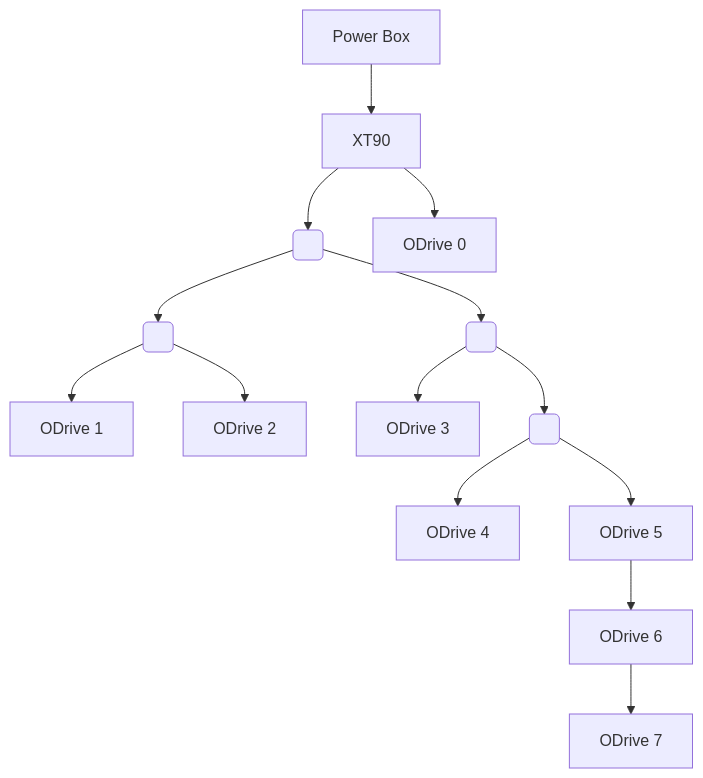
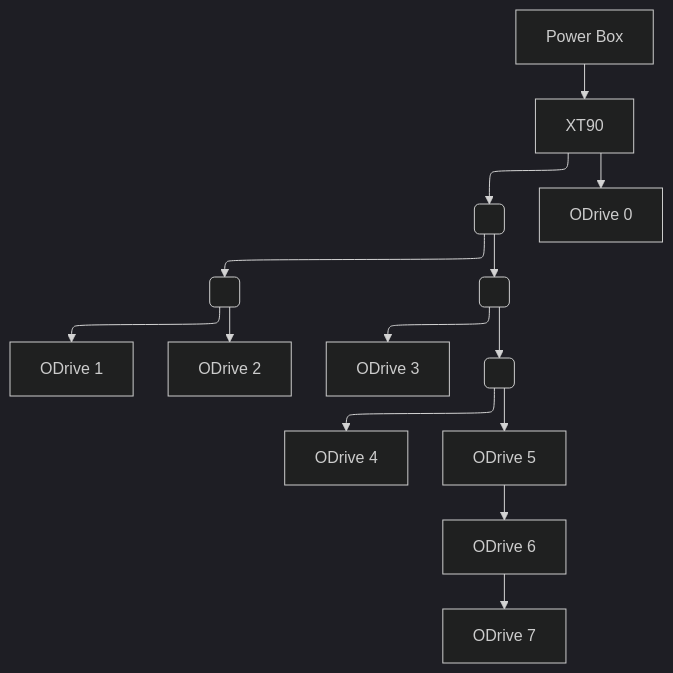
Before and after one commit to JesseDarr/dARM: the second of 2 diagrams in README.md, drawn with Mermaid. The commit also changed other lines of this file, not shown here.

````diff
--- a/README.md
+++ b/README.md
@@ -174,17 +176,17 @@
 ```mermaid
-graph TD    
+%%{ init: { "theme": "dark", "layout": "elk" } }%%
+graph TD
     PowerBox[Power Box] --> XT90[XT90]
     XT90 --> T0( )
     XT90 --> ODrive0[ODrive 0]
-    
     T0 --> T1( )
     T0 --> T2( )
     T1 --> ODrive1[ODrive 1]
     T1 --> ODrive2[ODrive 2]
     T2 --> ODrive3[ODrive 3]
     T2 --> T3( )
     T3 --> ODrive4[ODrive 4]
     T3 --> ODrive5[ODrive 5]
     ODrive5 --> ODrive6[ODrive 6]
     ODrive6 --> ODrive7[ODrive 7]
 ```
````
